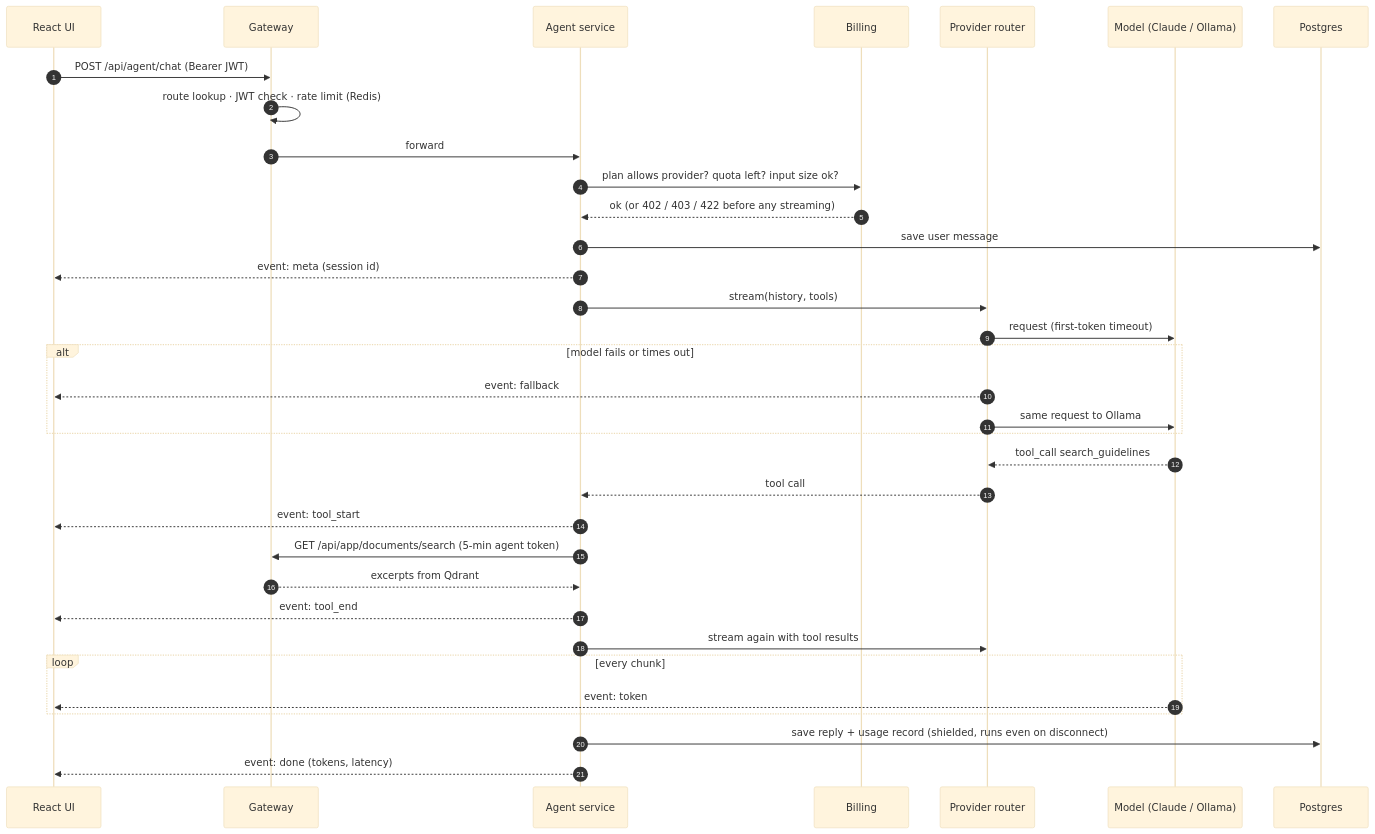
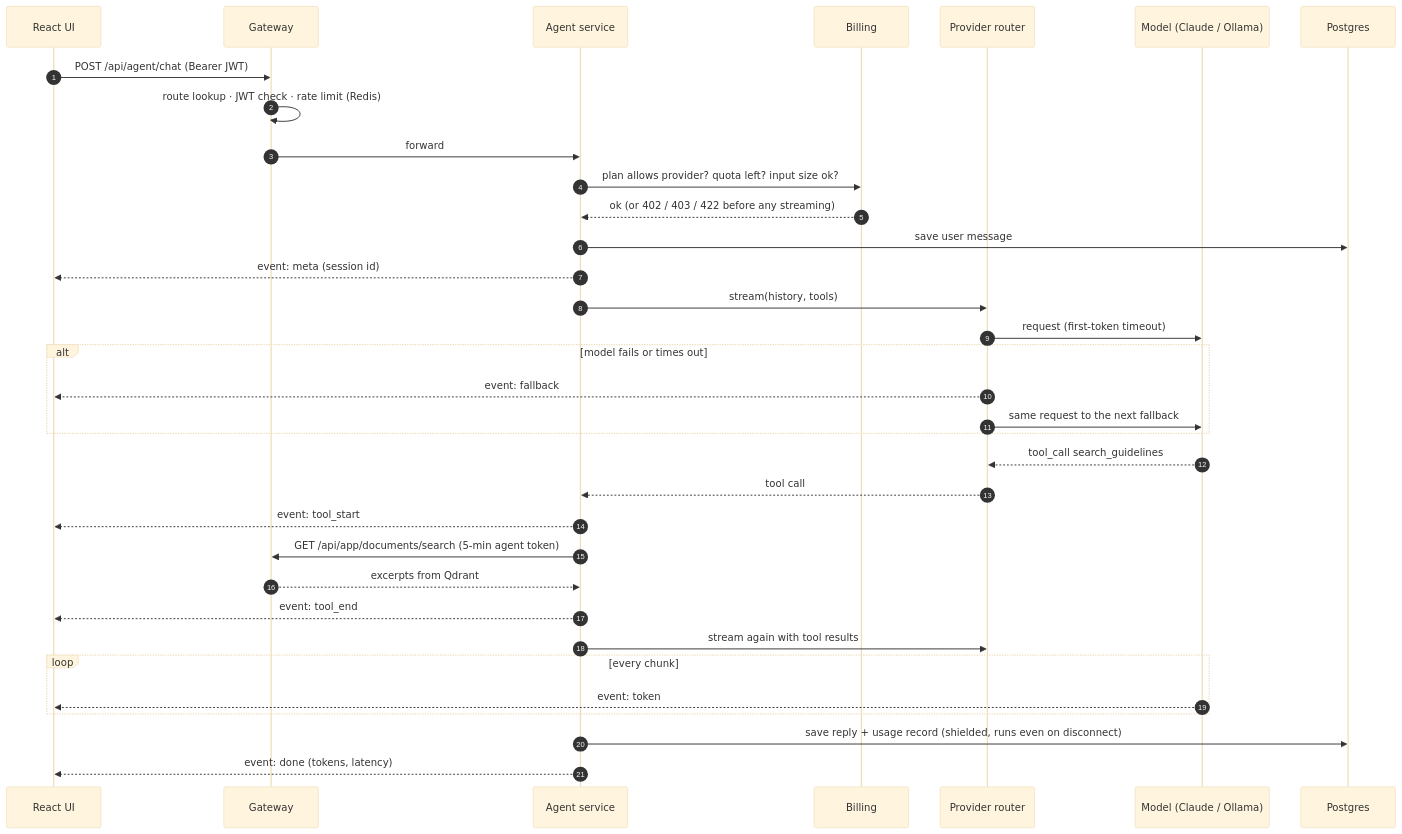
One commit to asadaslam556/diffsage changed the second of 4 diagrams in docs/architecture.md. Above: the diagram before and after it, drawn with Mermaid (base theme). The commit also changed 7 other files, not shown here.

````diff
--- a/docs/architecture.md
+++ b/docs/architecture.md
@@ -47,36 +47,36 @@
 ```mermaid
 sequenceDiagram
     autonumber
     participant UI as React UI
     participant GW as Gateway
     participant AG as Agent service
     participant BL as Billing
     participant PR as Provider router
     participant M as Model (Claude / Ollama)
     participant DB as Postgres
     UI->>GW: POST /api/agent/chat (Bearer JWT)
     GW->>GW: route lookup · JWT check · rate limit (Redis)
     GW->>AG: forward
     AG->>BL: plan allows provider? quota left? input size ok?
     BL-->>AG: ok (or 402 / 403 / 422 before any streaming)
     AG->>DB: save user message
     AG-->>UI: event: meta (session id)
     AG->>PR: stream(history, tools)
     PR->>M: request (first-token timeout)
     alt model fails or times out
         PR-->>UI: event: fallback
-        PR->>M: same request to Ollama
+        PR->>M: same request to the next fallback
     end
     M-->>PR: tool_call search_guidelines
     PR-->>AG: tool call
     AG-->>UI: event: tool_start
     AG->>GW: GET /api/app/documents/search (5-min agent token)
     GW-->>AG: excerpts from Qdrant
     AG-->>UI: event: tool_end
     AG->>PR: stream again with tool results
     loop every chunk
         M-->>UI: event: token
     end
     AG->>DB: save reply + usage record (shielded, runs even on disconnect)
     AG-->>UI: event: done (tokens, latency)
 ```
````
